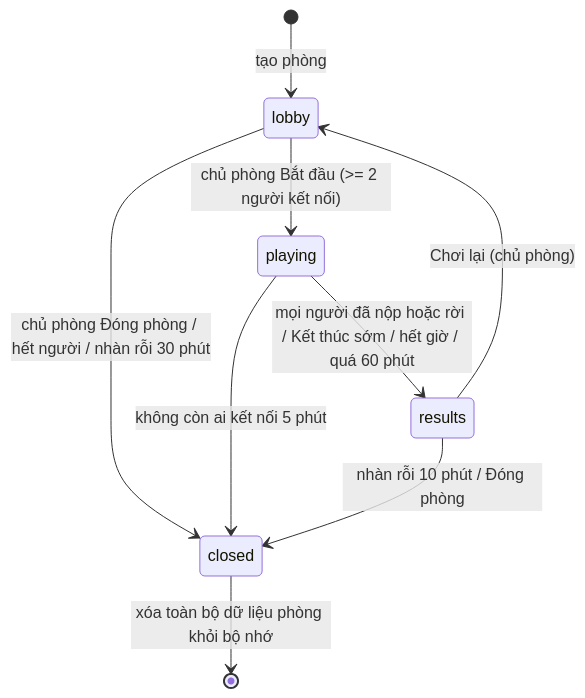
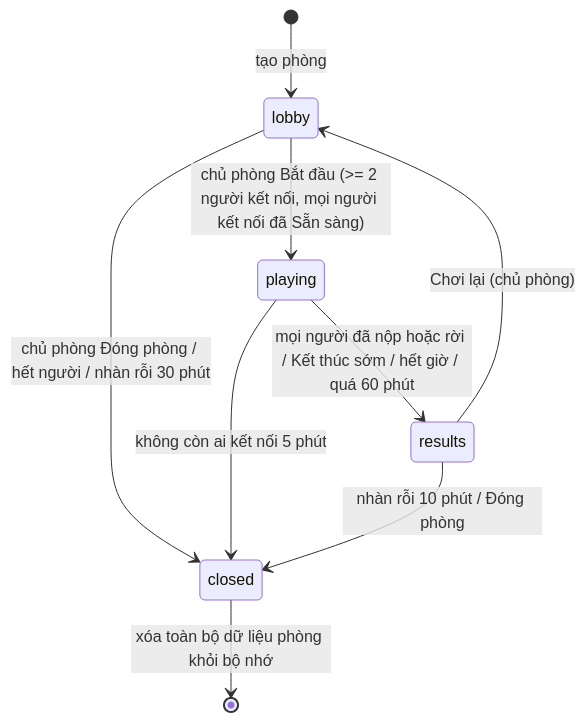
Before and after one commit to namngocngo2210/menglish-learning: the diagram in docs/group-practice.md, drawn with Mermaid. The commit also changed other lines of this file and 6 other files, not shown here.

````diff
--- a/docs/group-practice.md
+++ b/docs/group-practice.md
@@ -36,11 +36,11 @@
 ```mermaid
 stateDiagram-v2
     [*] --> lobby: tạo phòng
-    lobby --> playing: chủ phòng Bắt đầu (>= 2 người kết nối)
+    lobby --> playing: chủ phòng Bắt đầu (>= 2 người kết nối, mọi người kết nối đã Sẵn sàng)
     lobby --> closed: chủ phòng Đóng phòng / hết người / nhàn rỗi 30 phút
     playing --> results: mọi người đã nộp hoặc rời / Kết thúc sớm / hết giờ / quá 60 phút
     playing --> closed: không còn ai kết nối 5 phút
     results --> lobby: Chơi lại (chủ phòng)
     results --> closed: nhàn rỗi 10 phút / Đóng phòng
     closed --> [*]: xóa toàn bộ dữ liệu phòng khỏi bộ nhớ
 ```
````
